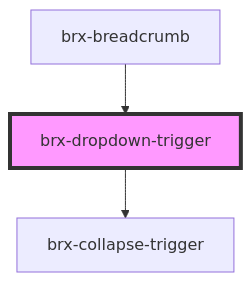
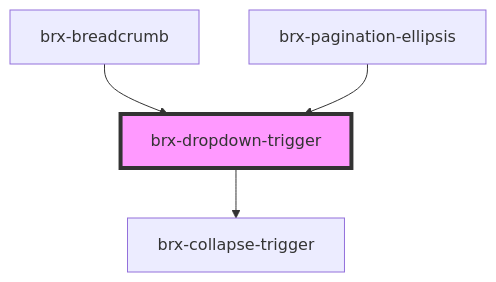
One commit to copperui/copperui changed the diagram in packages/core/src/components/brx-dropdown-trigger/readme.md. Above: the diagram before and after it, drawn with Mermaid. The commit also changed other lines of this file and 37 other files, not shown here.

Commit message:
feat(core): brx-pagination contextual (#50)

````diff
--- a/packages/core/src/components/brx-dropdown-trigger/readme.md
+++ b/packages/core/src/components/brx-dropdown-trigger/readme.md
@@ -28,6 +29,7 @@
 ```mermaid
 graph TD;
   brx-dropdown-trigger --> brx-collapse-trigger
   brx-breadcrumb --> brx-dropdown-trigger
+  brx-pagination-ellipsis --> brx-dropdown-trigger
   style brx-dropdown-trigger fill:#f9f,stroke:#333,stroke-width:4px
 ```
````
